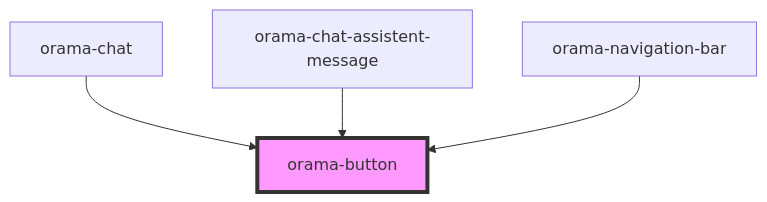
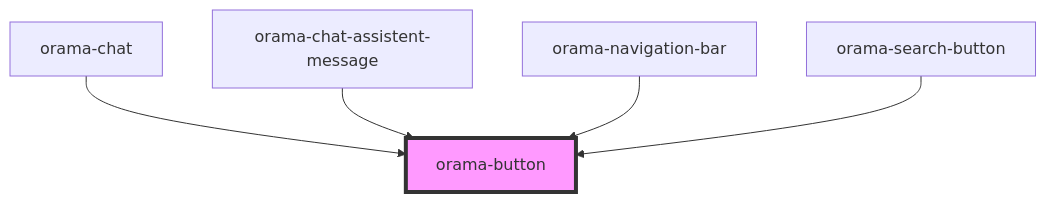
The diagram in packages/ui-stencil/src/components/internal/orama-button/readme.md (askorama/orama-ui-components), drawn with Mermaid before and after one commit. The commit also changed other lines of this file and 11 other files, not shown here.

````diff
--- a/packages/ui-stencil/src/components/internal/orama-button/readme.md
+++ b/packages/ui-stencil/src/components/internal/orama-button/readme.md
@@ -29,7 +30,8 @@
 ```mermaid
 graph TD;
   orama-chat --> orama-button
   orama-chat-assistent-message --> orama-button
   orama-navigation-bar --> orama-button
+  orama-search-button --> orama-button
   style orama-button fill:#f9f,stroke:#333,stroke-width:4px
 ```
````
